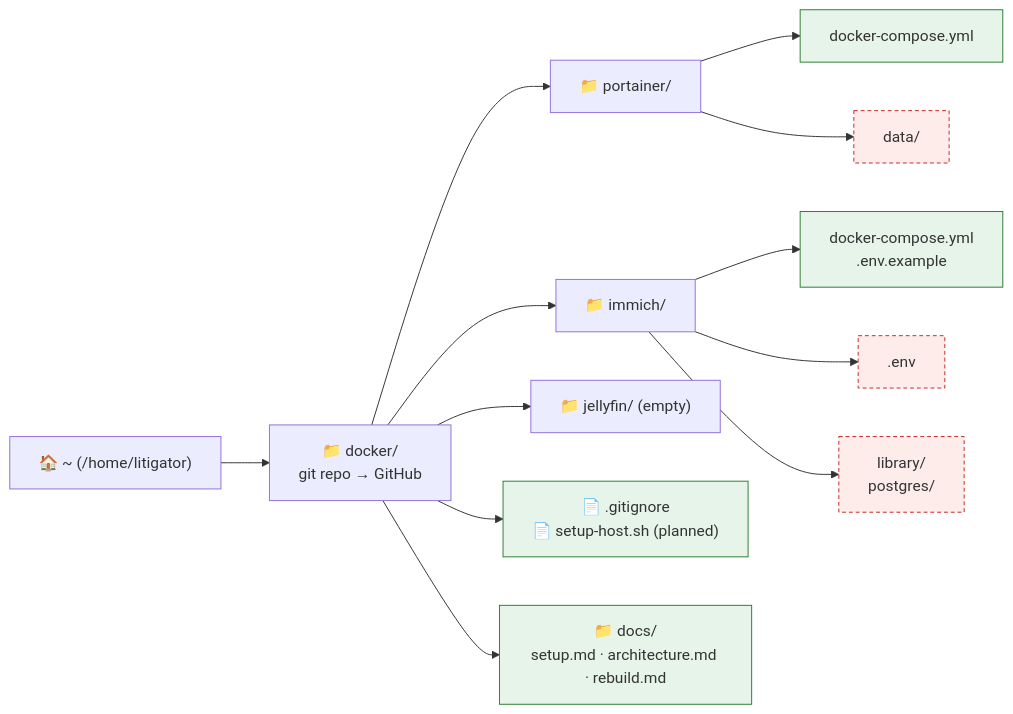
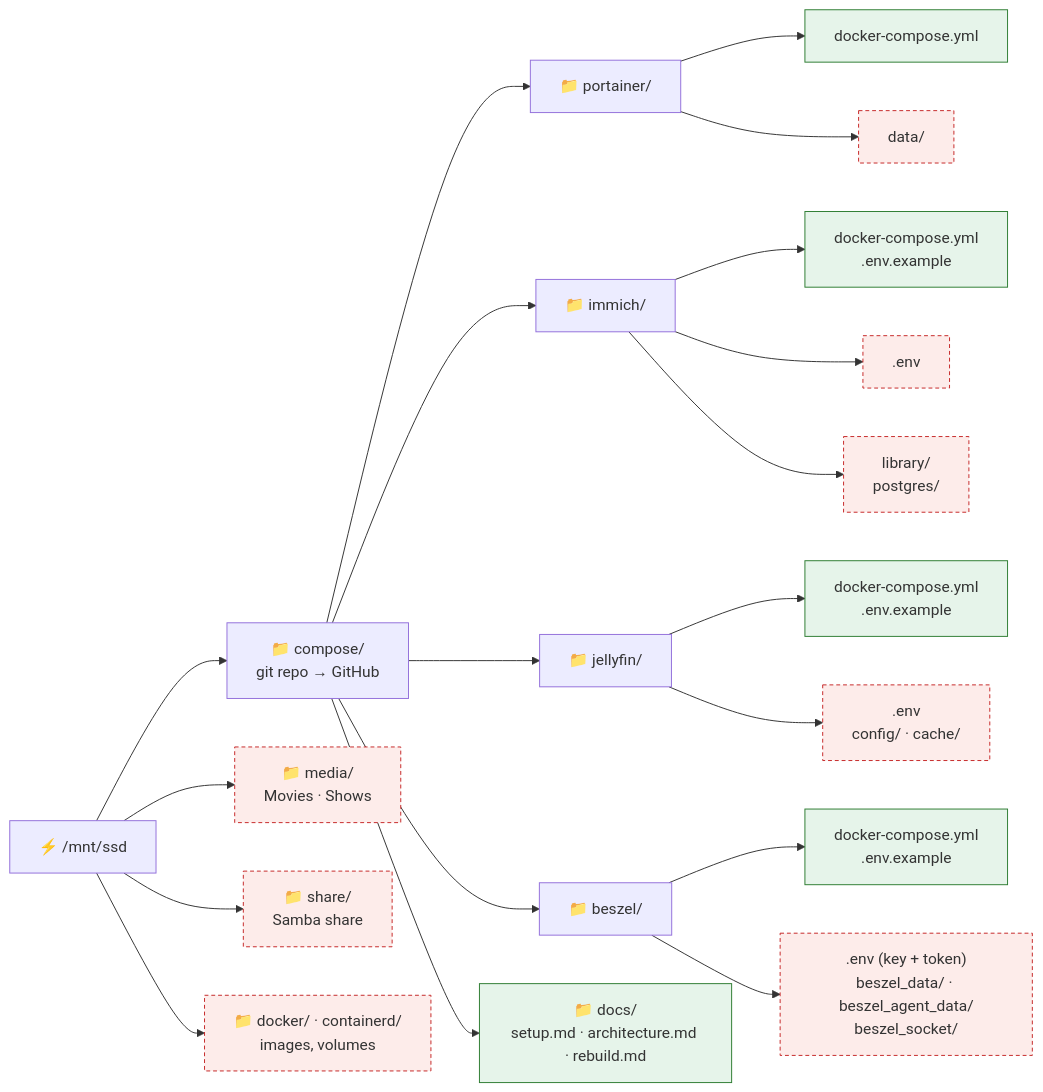
One commit to Litigator98765/homelab changed the fourth of 4 diagrams in docs/architecture.md. Above: the diagram before and after it, drawn with Mermaid. The commit also changed other lines of this file and 5 other files, not shown here.

First line of the commit message:
Update docs for SSD move, Beszel, Samba; add Jellyfin + Beszel config

````diff
--- a/docs/architecture.md
+++ b/docs/architecture.md
@@ -187,20 +224,28 @@
 ```mermaid
 flowchart LR
-    HOME["🏠 ~ (/home/litigator)"] --> DOCK["📁 docker/<br/>git repo → GitHub"]
+    SSDROOT["⚡ /mnt/ssd"] --> DOCK["📁 compose/<br/>git repo → GitHub"]
+    SSDROOT --> MEDIA["📁 media/<br/>Movies · Shows"]
+    SSDROOT --> SHARE["📁 share/<br/>Samba share"]
+    SSDROOT --> ENG["📁 docker/ · containerd/<br/>images, volumes"]
+
     DOCK --> PORT["📁 portainer/"]
     DOCK --> IMM["📁 immich/"]
-    DOCK --> JF["📁 jellyfin/ (empty)"]
-    DOCK --> ROOT["📄 .gitignore<br/>📄 setup-host.sh (planned)"]
+    DOCK --> JF["📁 jellyfin/"]
+    DOCK --> BZ["📁 beszel/"]
     DOCK --> DOCS["📁 docs/<br/>setup.md · architecture.md · rebuild.md"]
 
     PORT --> P1["docker-compose.yml"]
     PORT --> P2["data/"]
     IMM --> I1["docker-compose.yml<br/>.env.example"]
     IMM --> I2[".env"]
     IMM --> I3["library/<br/>postgres/"]
+    JF --> J1["docker-compose.yml<br/>.env.example"]
+    JF --> J2[".env<br/>config/ · cache/"]
+    BZ --> B1["docker-compose.yml<br/>.env.example"]
+    BZ --> B2[".env (key + token)<br/>beszel_data/ · beszel_agent_data/<br/>beszel_socket/"]
 
     classDef tracked fill:#e6f4ea,stroke:#2e7d32
     classDef ignored fill:#fdecea,stroke:#c62828,stroke-dasharray:4 3
-    class P1,I1,ROOT,DOCS tracked
-    class P2,I2,I3 ignored
+    class P1,I1,J1,B1,DOCS tracked
+    class P2,I2,I3,J2,B2,MEDIA,SHARE,ENG ignored
 ```
````
